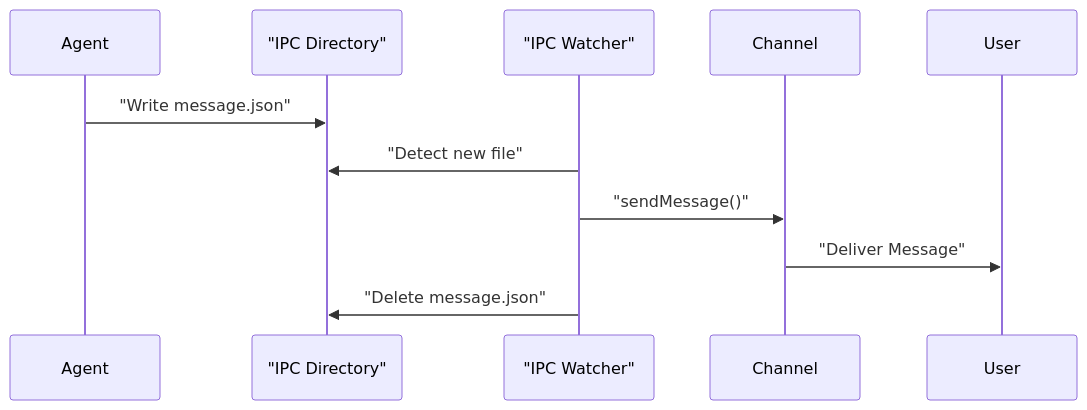
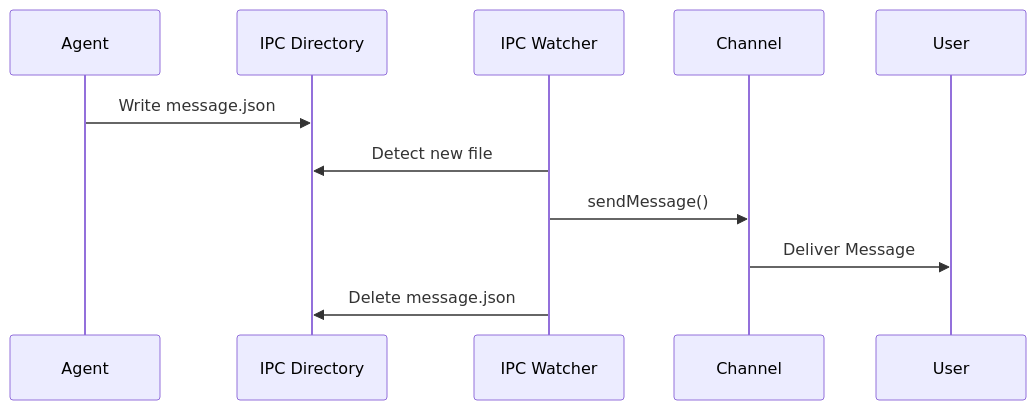
The third of 3 diagrams in roo-docs/ARCHITECTURE.md (wahbifadhillah/nanoclaw-BENDER), drawn with Mermaid before and after one commit. The commit also changed other lines of this file, not shown here.

Commit message:
docs: fix mermaid diagram syntax in ARCHITECTURE.md

````diff
--- a/roo-docs/ARCHITECTURE.md
+++ b/roo-docs/ARCHITECTURE.md
@@ -142,14 +142,14 @@
 ```mermaid
 sequenceDiagram
     participant Agent
-    participant IPC_Dir as "IPC Directory"
-    participant Watcher as "IPC Watcher"
+    participant IPC_Dir as IPC Directory
+    participant Watcher as IPC Watcher
     participant Channel
     participant User
 
-    Agent->>IPC_Dir: "Write message.json"
-    Watcher->>IPC_Dir: "Detect new file"
-    Watcher->>Channel: "sendMessage()"
-    Channel->>User: "Deliver Message"
-    Watcher->>IPC_Dir: "Delete message.json"
+    Agent->>IPC_Dir: Write message.json
+    Watcher->>IPC_Dir: Detect new file
+    Watcher->>Channel: sendMessage()
+    Channel->>User: Deliver Message
+    Watcher->>IPC_Dir: Delete message.json
 ```
````
